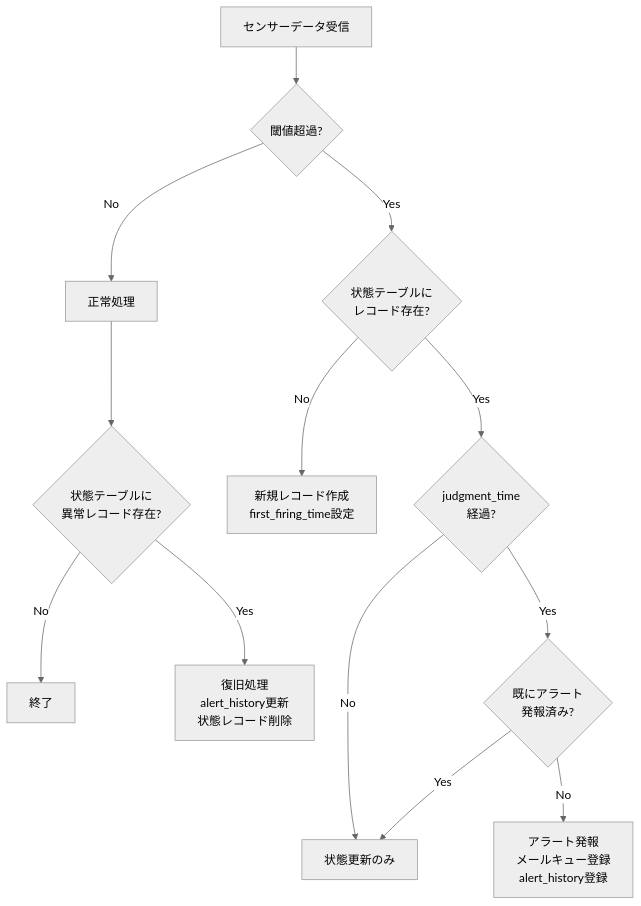
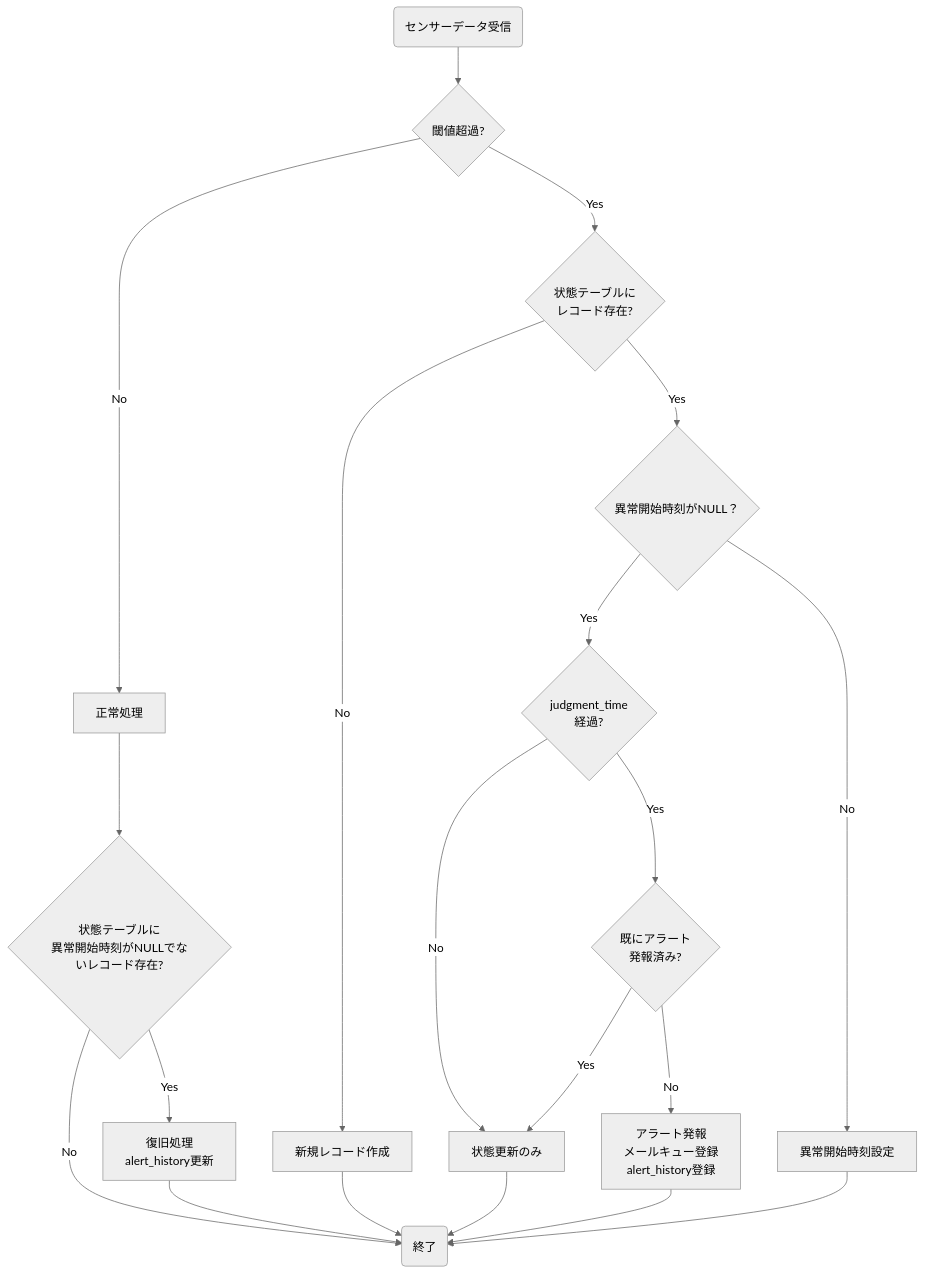
The second of 2 diagrams in docs/03-features/ldp-pipeline/silver-layer/README.md (NSW-SVCP-AIWG002/Databricks-IoT), drawn with Mermaid (neutral theme) before and after one commit. The commit also changed other lines of this file and 2 other files, not shown here.

````diff
--- a/docs/03-features/ldp-pipeline/silver-layer/README.md
+++ b/docs/03-features/ldp-pipeline/silver-layer/README.md
@@ -190,16 +195,24 @@
 ```mermaid
 flowchart TB
-    A[センサーデータ受信] --> B{閾値超過?}
+    A(センサーデータ受信) --> B{閾値超過?}
     B -->|No| C[正常処理]
     B -->|Yes| D{状態テーブルに<br>レコード存在?}
-    D -->|No| E[新規レコード作成<br>first_firing_time設定]
-    D -->|Yes| F{judgment_time<br>経過?}
+    D -->|Yes| M{異常開始時刻がNULL？}
+    D -->|No| E[新規レコード作成]
+    M --> |Yes| F{judgment_time<br>経過?}
+    M --> |No| N[異常開始時刻設定]
     F -->|No| G[状態更新のみ]
     F -->|Yes| H{既にアラート<br>発報済み?}
     H -->|Yes| G
     H -->|No| I[アラート発報<br>メールキュー登録<br>alert_history登録]
 
-    C --> J{状態テーブルに<br>異常レコード存在?}
-    J -->|No| K[終了]
-    J -->|Yes| L[復旧処理<br>alert_history更新<br>状態レコード削除]
+    C --> J{状態テーブルに<br>異常開始時刻がNULLでないレコード存在?}
+    J -->|Yes| L[復旧処理<br>alert_history更新]
+    J -->|No| K(終了)
+    L --> K
+    E --> K
+    G --> K
+    I --> K
+    N --> K
+
 ```
````
